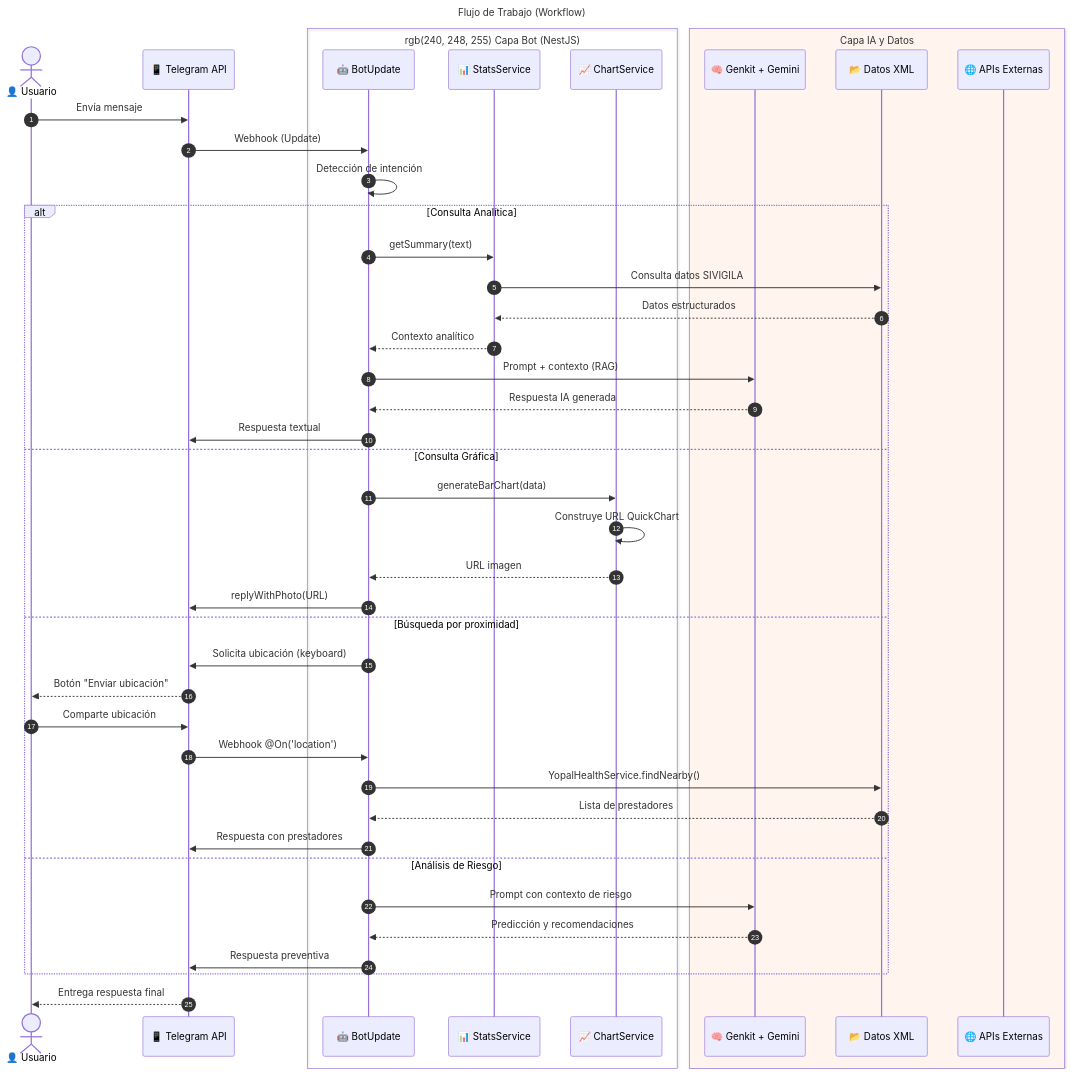
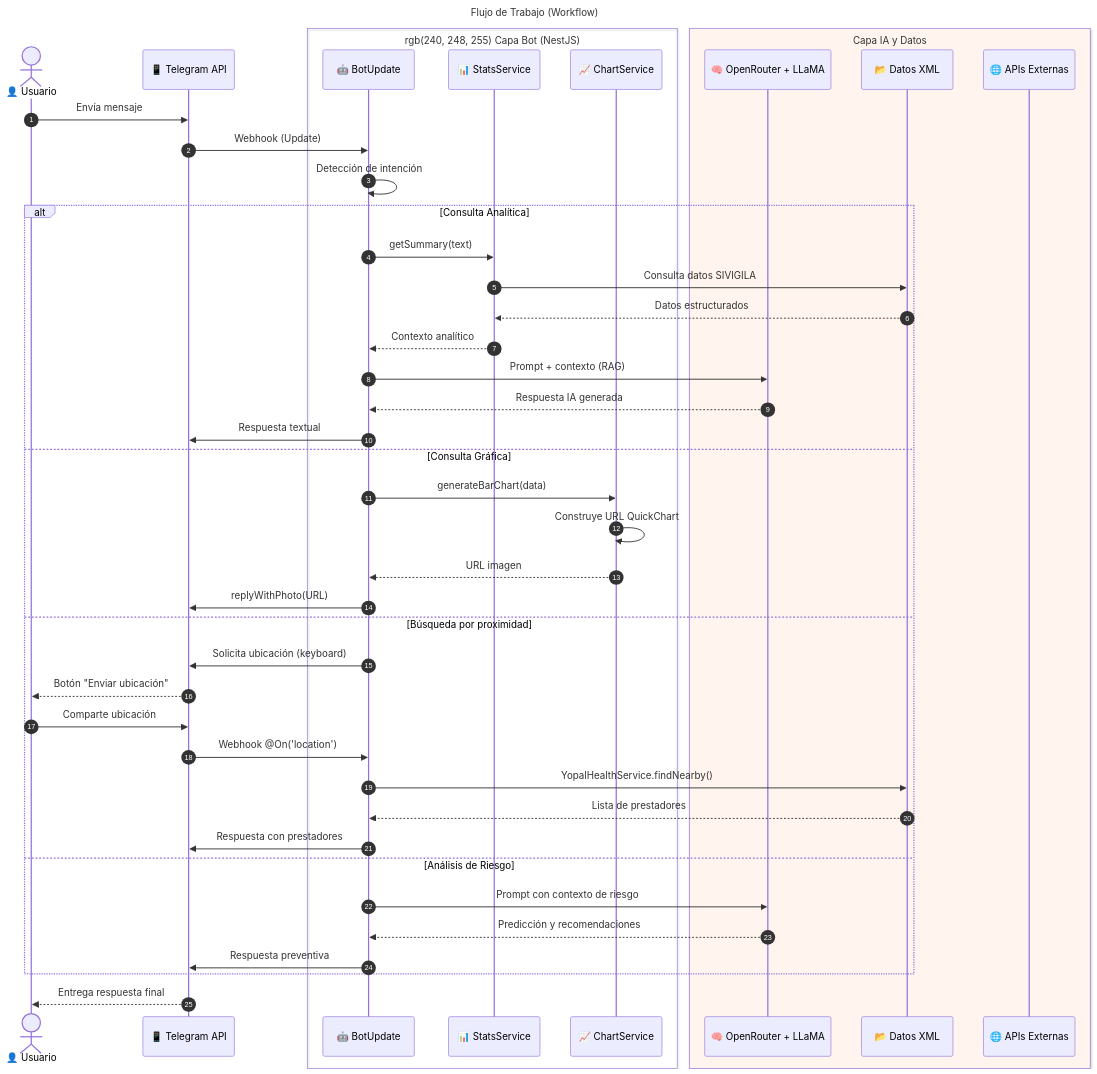
Before and after one commit to RubenDarioGuerreroNeira/Ecosistema-IA-Colombia: the second of 4 diagrams in DOCUMENTACION_TECNICA.md, drawn with Mermaid. The commit also changed other lines of this file, not shown here.

Commit message:
docs: Actualizar memoria técnica para reflejar el uso de OpenRouter y LLaMA en vez de Genkit y Gemini

````diff
--- a/DOCUMENTACION_TECNICA.md
+++ b/DOCUMENTACION_TECNICA.md
@@ -144,52 +144,52 @@
 ```mermaid
 ---
 title: Flujo de Trabajo (Workflow)
 ---
 sequenceDiagram
     autonumber
     actor User as 👤 Usuario
     participant Telegram as 📱 Telegram API
     box rgb(240, 248, 255) Capa Bot (NestJS)
         participant Bot as 🤖 BotUpdate
         participant Stats as 📊 StatsService
         participant Chart as 📈 ChartService
     end
     box rgb(255, 245, 238) Capa IA y Datos
-        participant Genkit as 🧠 Genkit + Gemini
+        participant Genkit as 🧠 OpenRouter + LLaMA
         participant XML as 📂 Datos XML
         participant API as 🌐 APIs Externas
     end
 
     User->>Telegram: Envía mensaje
     Telegram->>Bot: Webhook (Update)
     Bot->>Bot: Detección de intención
 
     alt Consulta Analítica
         Bot->>Stats: getSummary(text)
         Stats->>XML: Consulta datos SIVIGILA
         XML-->>Stats: Datos estructurados
         Stats-->>Bot: Contexto analítico
         Bot->>Genkit: Prompt + contexto (RAG)
         Genkit-->>Bot: Respuesta IA generada
         Bot->>Telegram: Respuesta textual
     else Consulta Gráfica
         Bot->>Chart: generateBarChart(data)
         Chart->>Chart: Construye URL QuickChart
         Chart-->>Bot: URL imagen
         Bot->>Telegram: replyWithPhoto(URL)
     else Búsqueda por proximidad
         Bot->>Telegram: Solicita ubicación (keyboard)
         Telegram-->>User: Botón "Enviar ubicación"
         User->>Telegram: Comparte ubicación
         Telegram->>Bot: Webhook @On('location')
         Bot->>XML: YopalHealthService.findNearby()
         XML-->>Bot: Lista de prestadores
         Bot->>Telegram: Respuesta con prestadores
     else Análisis de Riesgo
         Bot->>Genkit: Prompt con contexto de riesgo
         Genkit-->>Bot: Predicción y recomendaciones
         Bot->>Telegram: Respuesta preventiva
     end
 
     Telegram-->>User: Entrega respuesta final
 ```
````
